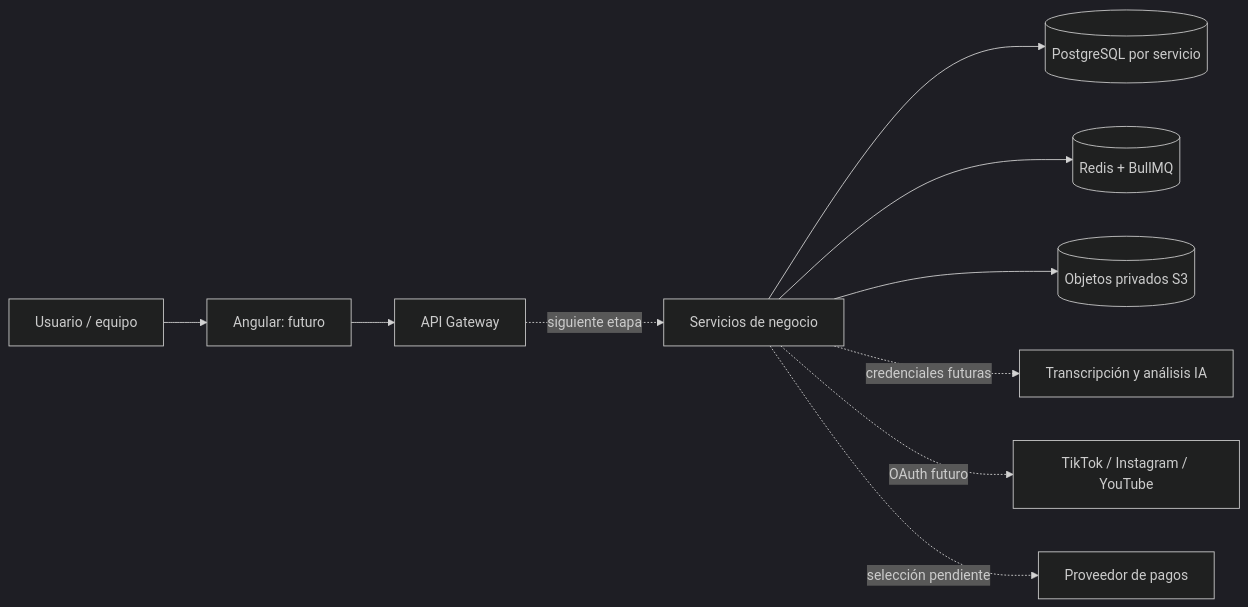
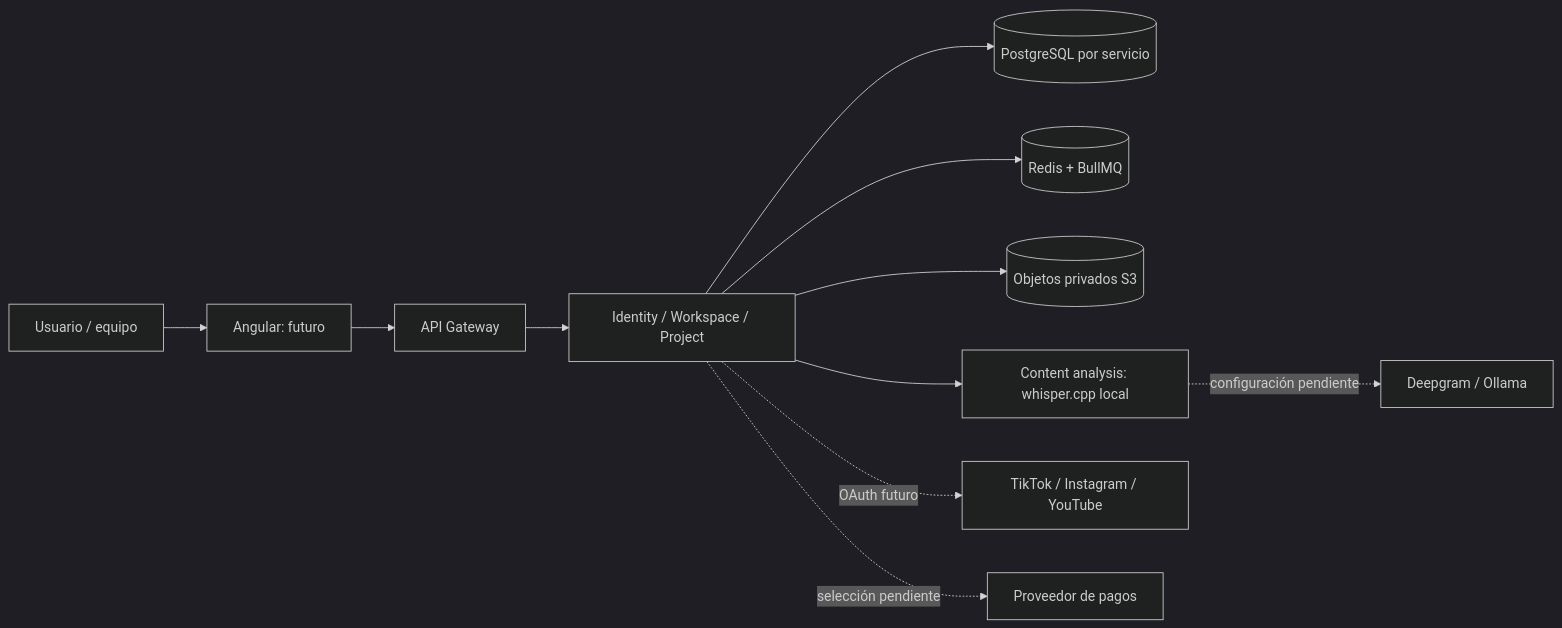
One commit to yojhanHuanca/AutocliPper-final-pro changed the first of 4 diagrams in autoclipper-project-documentation/architecture.md. Above: the diagram before and after it, drawn with Mermaid (dark theme). The commit also changed other lines of this file and 68 other files, not shown here.

Commit message:
feat(analysis): persist real local transcription and transcript-based rendering

````diff
--- a/autoclipper-project-documentation/architecture.md
+++ b/autoclipper-project-documentation/architecture.md
@@ -9,12 +9,13 @@
 ```mermaid
 flowchart LR
   U[Usuario / equipo] --> A[Angular: futuro]
   A --> G[API Gateway]
-  G -. siguiente etapa .-> S[Servicios de negocio]
+  G --> S[Identity / Workspace / Project]
   S --> P[(PostgreSQL por servicio)]
   S --> Q[(Redis + BullMQ)]
   S --> O[(Objetos privados S3)]
-  S -. credenciales futuras .-> AI[Transcripción y análisis IA]
+  S --> AI[Content analysis: whisper.cpp local]
+  AI -. configuración pendiente .-> LLM[Deepgram / Ollama]
   S -. OAuth futuro .-> Social[TikTok / Instagram / YouTube]
   S -. selección pendiente .-> Pay[Proveedor de pagos]
 ```
````
